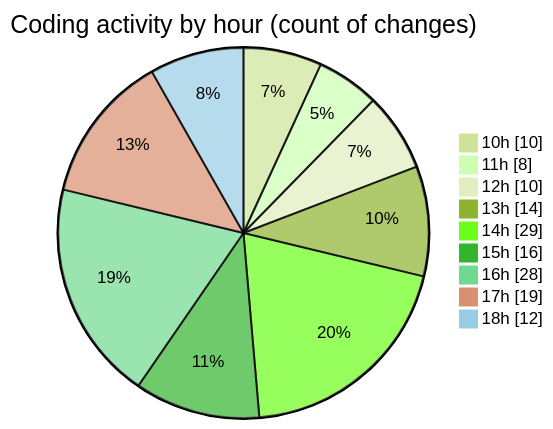
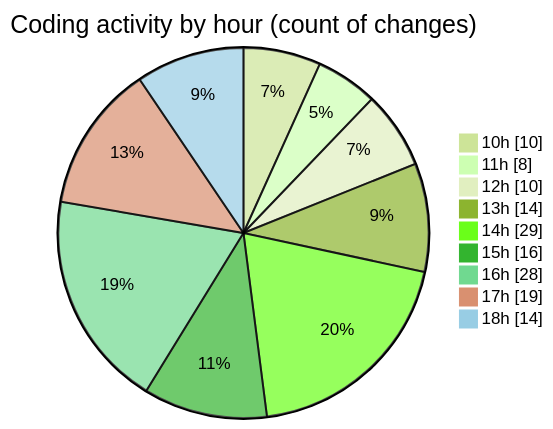
One commit to nxtqubesakshisongat/code-tracking changed the second of 2 diagrams in 2025-07-29/nxtqube_webapp/README.md. Above: the diagram before and after it, drawn with Mermaid (forest theme). The commit also changed other lines of this file and 1 other file, not shown here.

````diff
--- a/2025-07-29/nxtqube_webapp/README.md
+++ b/2025-07-29/nxtqube_webapp/README.md
@@ -40,13 +40,13 @@
 ```mermaid
 pie showData
 title Coding activity by hour (count of changes)
 "10h" : 10
 "11h" : 8
 "12h" : 10
 "13h" : 14
 "14h" : 29
 "15h" : 16
 "16h" : 28
 "17h" : 19
-"18h" : 12
+"18h" : 14
 ```
````
